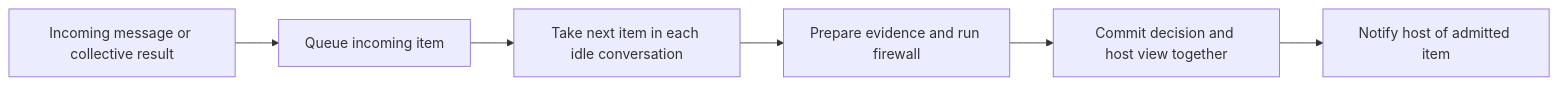
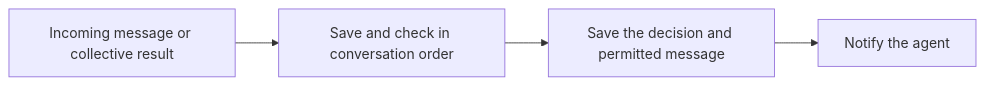
Before and after one commit to social-harness/moltzap: the second of 3 diagrams in packages/social-harness/src/daemon/README.md, drawn with Mermaid. The commit also changed other lines of this file, not shown here.

Commit message:
docs: remove speculative daemon store API and simplify message flows

````diff
--- a/packages/social-harness/src/daemon/README.md
+++ b/packages/social-harness/src/daemon/README.md
@@ -36,8 +35,6 @@
 ```mermaid
 flowchart LR
-  A[Incoming message or collective result] --> B[Queue incoming item]
-  B --> C[Take next item in each idle conversation]
-  C --> D[Prepare evidence and run firewall]
-  D --> E[Commit decision and host view together]
-  E --> F[Notify host of admitted item]
+  A[Incoming message or collective result] --> B[Save and check in conversation order]
+  B --> C[Save the decision and permitted message]
+  C --> D[Notify the agent]
 ```
````
